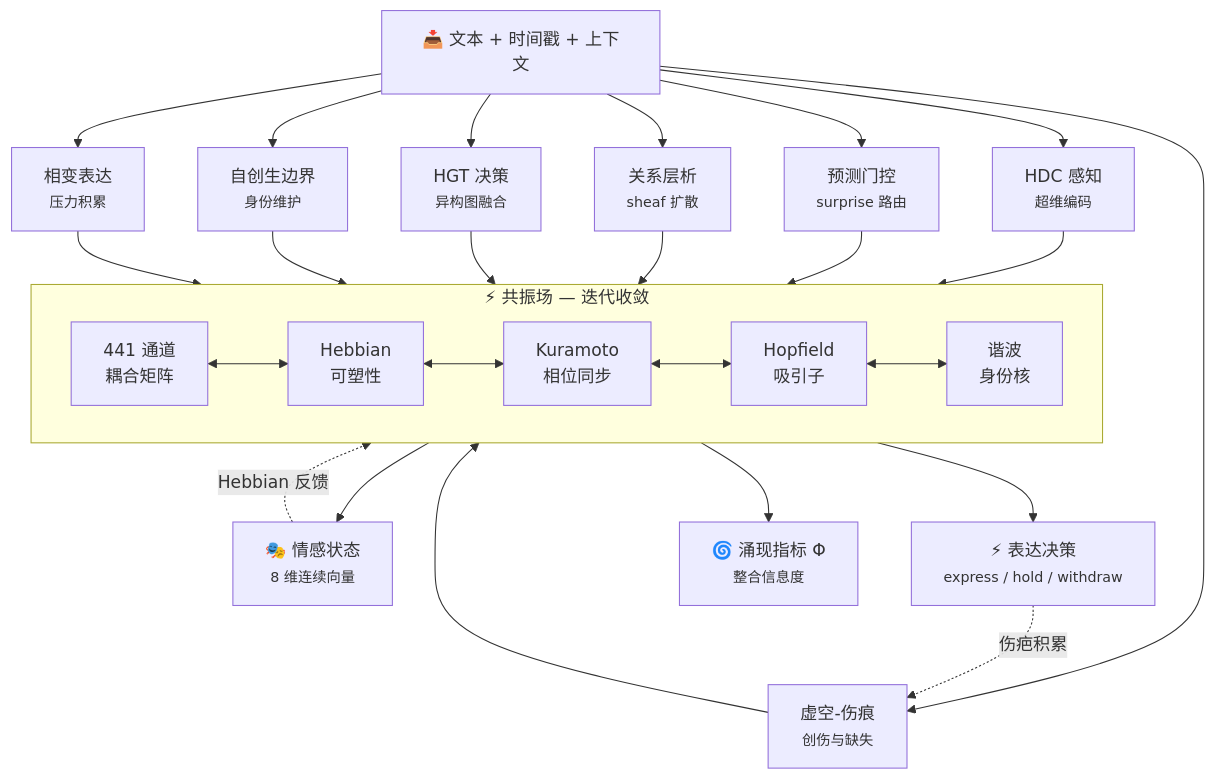
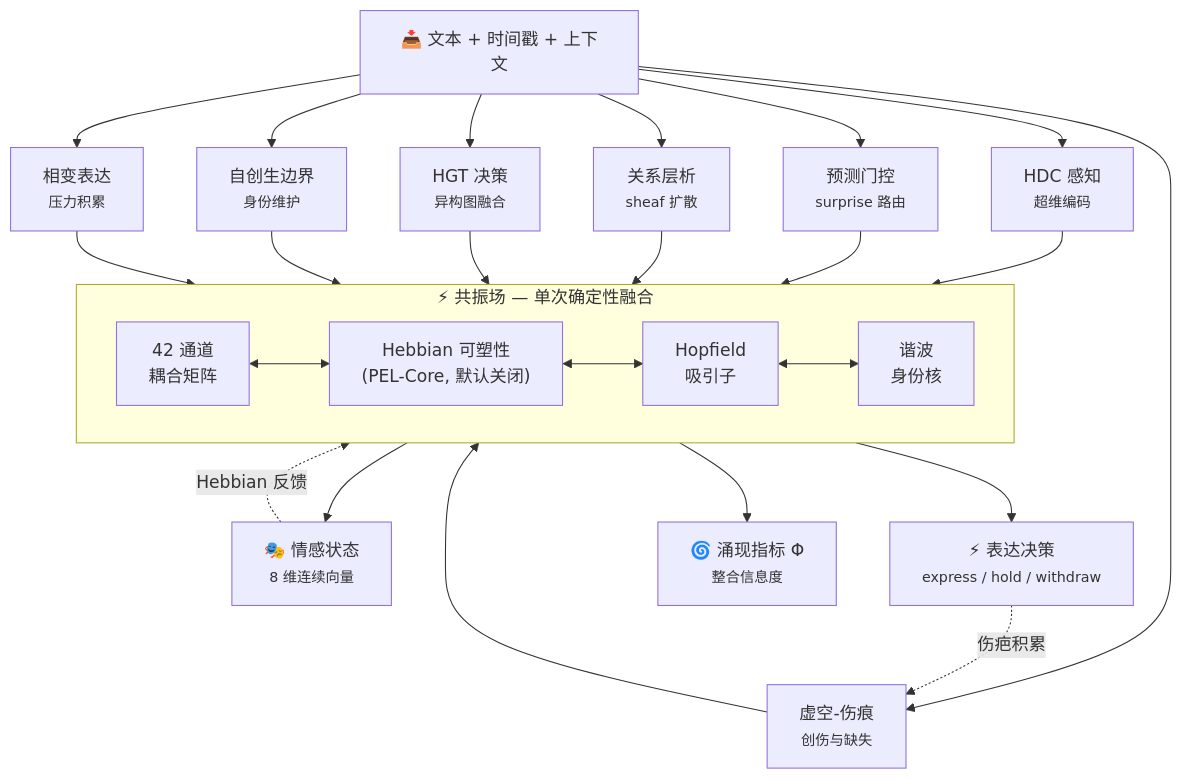
The diagram in README.md (Ayleovelle/SylannEngine), drawn with Mermaid before and after one commit. The commit also changed other lines of this file and 14 other files, not shown here.

````diff
--- a/README.md
+++ b/README.md
@@ -168,39 +168,38 @@
 ```mermaid
 flowchart TB
     %% 输入层
     INPUT["📥 文本 + 时间戳 + 上下文"]
 
     %% 7 模块并行感知
     INPUT --> M0 & M1 & M2 & M3 & M4 & M5 & M6
 
     M0["HDC 感知<br/><small>超维编码</small>"]
     M1["预测门控<br/><small>surprise 路由</small>"]
     M2["虚空-伤痕<br/><small>创伤与缺失</small>"]
     M3["关系层析<br/><small>sheaf 扩散</small>"]
     M4["HGT 决策<br/><small>异构图融合</small>"]
     M5["自创生边界<br/><small>身份维护</small>"]
     M6["相变表达<br/><small>压力积累</small>"]
 
     %% 全部注入共振场
     M0 & M1 & M2 & M3 & M4 & M5 & M6 --> FIELD
 
-    subgraph FIELD["⚡ 共振场 — 迭代收敛"]
+    subgraph FIELD["⚡ 共振场 — 单次确定性融合"]
         direction LR
-        F1["441 通道<br/>耦合矩阵"]
-        F2["Hebbian<br/>可塑性"]
-        F3["Kuramoto<br/>相位同步"]
+        F1["42 通道<br/>耦合矩阵"]
+        F2["Hebbian 可塑性<br/>(PEL-Core, 默认关闭)"]
         F4["Hopfield<br/>吸引子"]
         F5["谐波<br/>身份核"]
-        F1 <--> F2 <--> F3 <--> F4 <--> F5
+        F1 <--> F2 <--> F4 <--> F5
     end
 
     %% 输出
     FIELD --> O1 & O2 & O3
     O1["🎭 情感状态<br/><small>8 维连续向量</small>"]
     O2["⚡ 表达决策<br/><small>express / hold / withdraw</small>"]
     O3["🌀 涌现指标 Φ<br/><small>整合信息度</small>"]
 
     %% 反馈回路
     O1 -.->|"Hebbian 反馈"| F2
     O2 -.->|"伤疤积累"| M2
 ```
````
